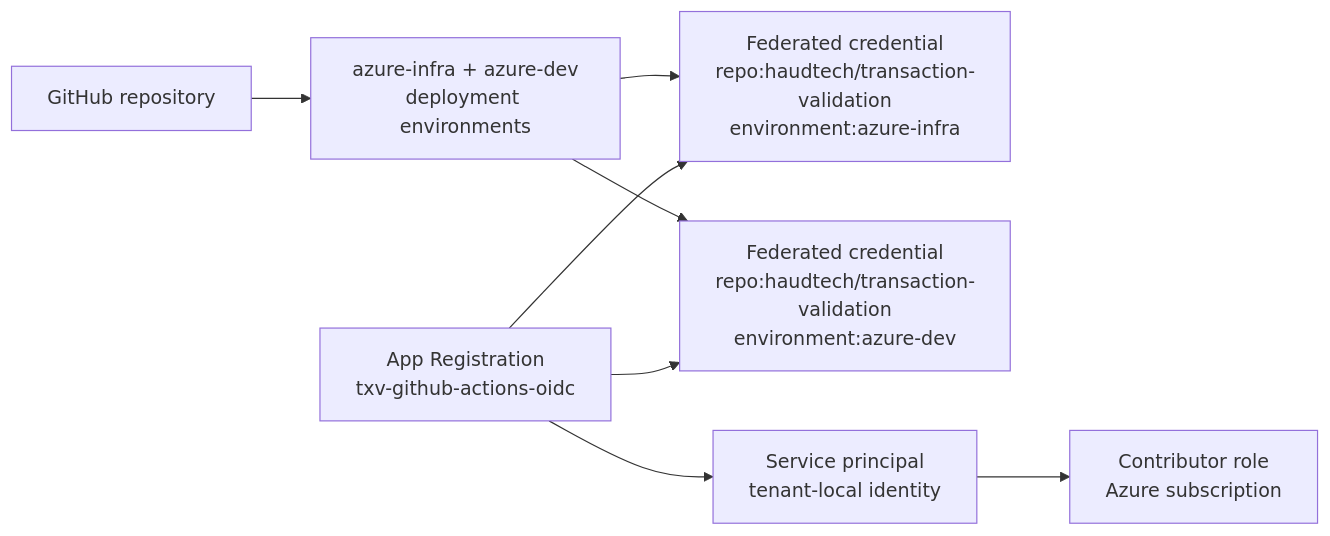
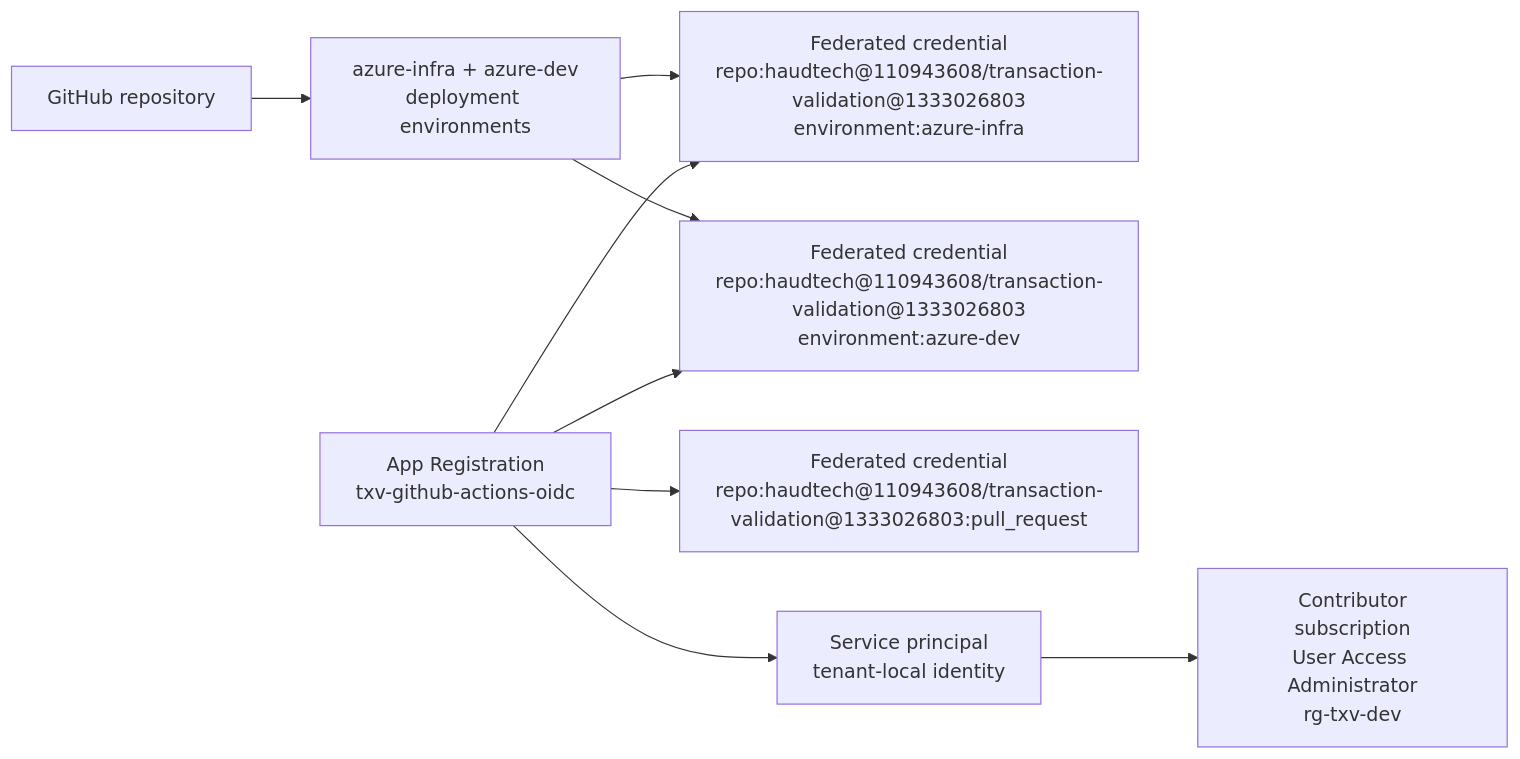
The second of 6 diagrams in docs/azure_deployment/oidc_workflow_diagrams.md (haudtech/transaction-validation), drawn with Mermaid before and after one commit. The commit also changed other lines of this file and 4 other files, not shown here.

Commit message:
- Documents Azure deployment validation and shutdown.

````diff
--- a/docs/azure_deployment/oidc_workflow_diagrams.md
+++ b/docs/azure_deployment/oidc_workflow_diagrams.md
@@ -63,11 +67,12 @@
 ```mermaid
 flowchart LR
     App["App Registration<br/>txv-github-actions-oidc"]
-    App --> FederationInfra["Federated credential<br/>repo:haudtech/transaction-validation<br/>environment:azure-infra"]
-    App --> FederationDev["Federated credential<br/>repo:haudtech/transaction-validation<br/>environment:azure-dev"]
+    App --> FederationInfra["Federated credential<br/>repo:haudtech@110943608/transaction-validation@1333026803<br/>environment:azure-infra"]
+    App --> FederationDev["Federated credential<br/>repo:haudtech@110943608/transaction-validation@1333026803<br/>environment:azure-dev"]
+    App --> FederationPreview["Federated credential<br/>repo:haudtech@110943608/transaction-validation@1333026803:pull_request"]
     App --> SP["Service principal<br/>tenant-local identity"]
-    SP --> RBAC["Contributor role<br/>Azure subscription"]
+    SP --> RBAC["Contributor<br/>subscription<br/>User Access Administrator<br/>rg-txv-dev"]
     GitHub["GitHub repository"] --> Environments["azure-infra + azure-dev<br/>deployment environments"]
     Environments --> FederationInfra
     Environments --> FederationDev
 ```
````
